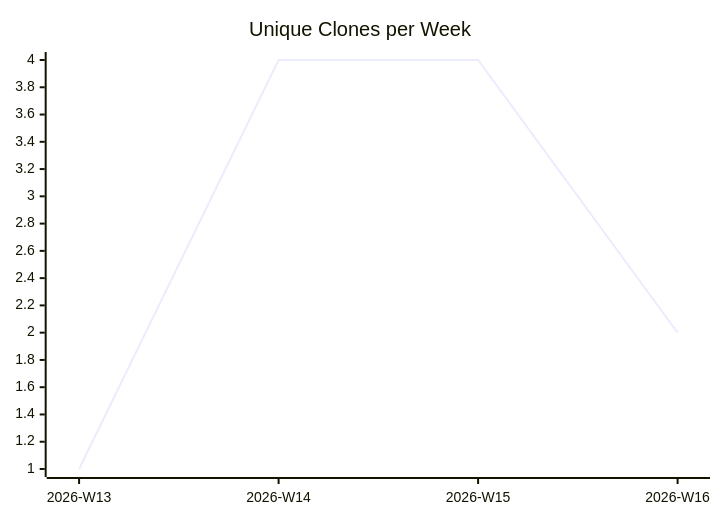
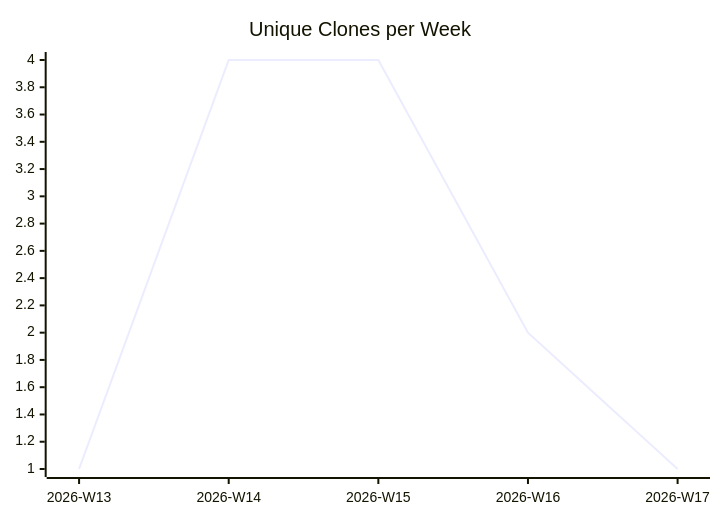
Before and after one commit to justdavis-family/github-analytics-data: the third of 3 diagrams in karlmdavis/justdavis-puppet/README.md, drawn with Mermaid. The commit also changed other lines of this file and 198 other files, not shown here.

````diff
--- a/karlmdavis/justdavis-puppet/README.md
+++ b/karlmdavis/justdavis-puppet/README.md
@@ -19,6 +19,6 @@
 ```mermaid
 xychart-beta
   title "Unique Clones per Week"
-  x-axis ["2026-W13", "2026-W14", "2026-W15", "2026-W16"]
-  line [1, 4, 4, 2]
+  x-axis ["2026-W13", "2026-W14", "2026-W15", "2026-W16", "2026-W17"]
+  line [1, 4, 4, 2, 1]
 ```
````
